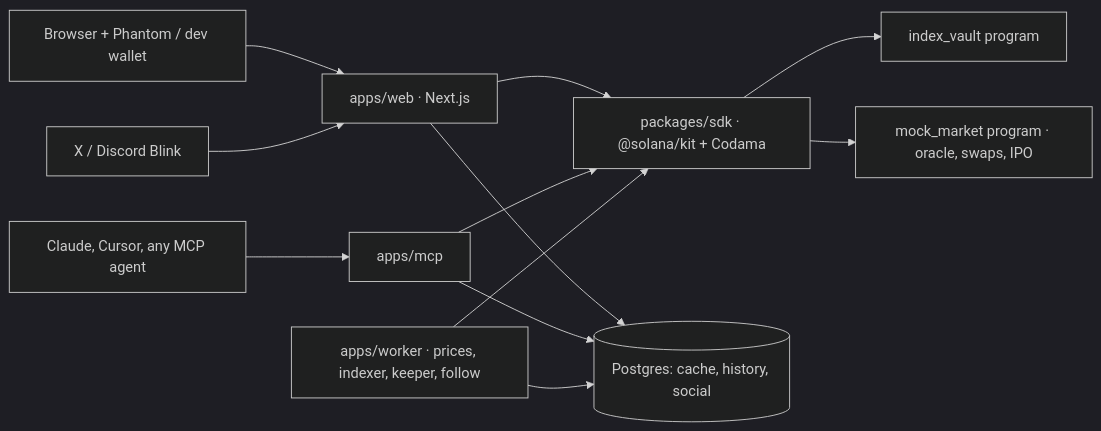
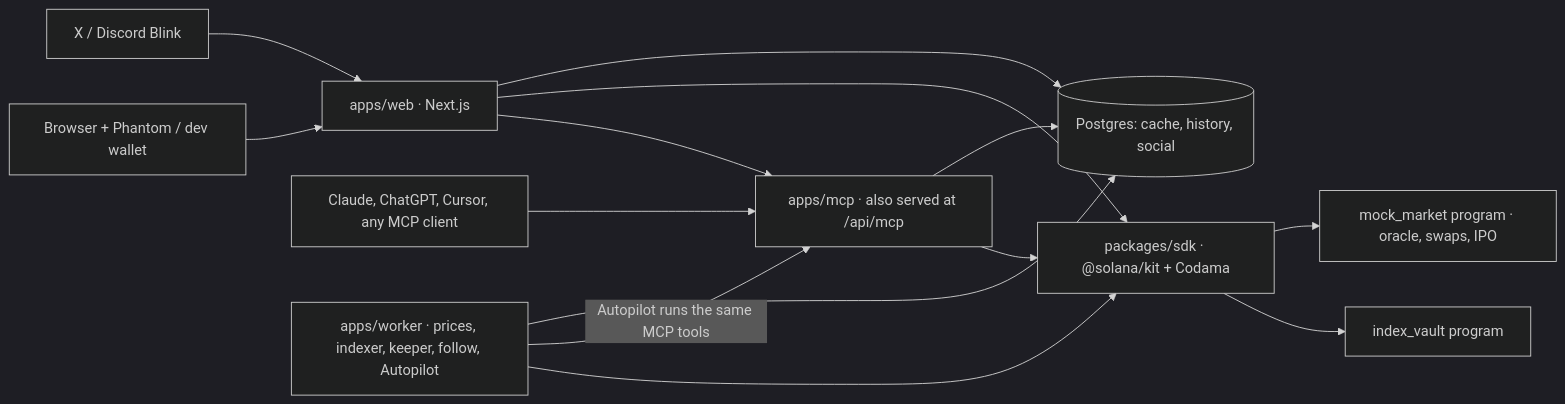
One commit to SkyRizzAI/stockbreak changed the diagram in README.md. Above: the diagram before and after it, drawn with Mermaid (dark theme). The commit also changed other lines of this file and 8 other files, not shown here.

````diff
--- a/README.md
+++ b/README.md
@@ -43,12 +44,14 @@
 ```mermaid
 flowchart LR
   U[Browser + Phantom / dev wallet] --> W[apps/web · Next.js]
   X[X / Discord Blink] --> W
-  A[Claude, Cursor, any MCP agent] --> M[apps/mcp]
+  A[Claude, ChatGPT, Cursor, any MCP client] --> M[apps/mcp · also served at /api/mcp]
+  W --> M
   W --> S[packages/sdk · @solana/kit + Codama]
   M --> S
-  K[apps/worker · prices, indexer, keeper, follow] --> S
+  K[apps/worker · prices, indexer, keeper, follow, Autopilot] --> S
+  K -- Autopilot runs the same MCP tools --> M
   S --> IV[index_vault program]
   S --> MM[mock_market program · oracle, swaps, IPO]
   W & M & K --> DB[(Postgres: cache, history, social)]
 ```
````
